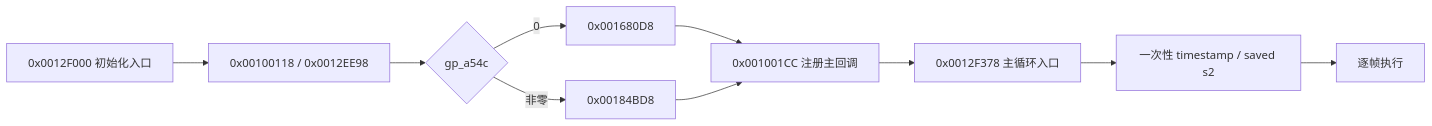
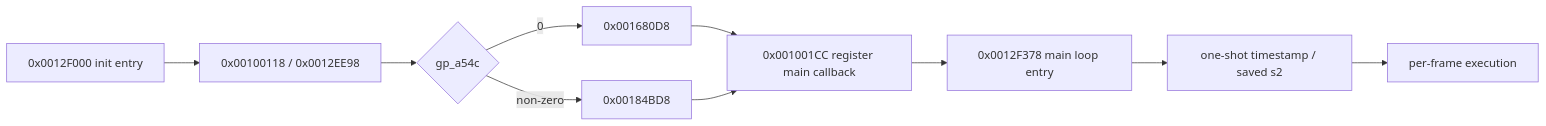
One commit to gta191977649/hp2_godot changed the first of 3 diagrams in docs/MAIN_LOOP_STRUCTURE.md. Above: the diagram before and after it, drawn with Mermaid. The commit also changed other lines of this file and 21 other files, not shown here.

````diff
--- a/docs/MAIN_LOOP_STRUCTURE.md
+++ b/docs/MAIN_LOOP_STRUCTURE.md
@@ -16,12 +22,12 @@
 ```mermaid
 flowchart LR
-    A[0x0012F000 初始化入口] --> B[0x00100118 / 0x0012EE98]
+    A[0x0012F000 init entry] --> B[0x00100118 / 0x0012EE98]
     B --> C{gp_a54c}
     C -->|0| D[0x001680D8]
-    C -->|非零| E[0x00184BD8]
-    D --> F[0x001001CC 注册主回调]
+    C -->|non-zero| E[0x00184BD8]
+    D --> F[0x001001CC register main callback]
     E --> F
-    F --> G[0x0012F378 主循环入口]
-    G --> H[一次性 timestamp / saved s2]
-    H --> I[逐帧执行]
+    F --> G[0x0012F378 main loop entry]
+    G --> H[one-shot timestamp / saved s2]
+    H --> I[per-frame execution]
 ```
````
